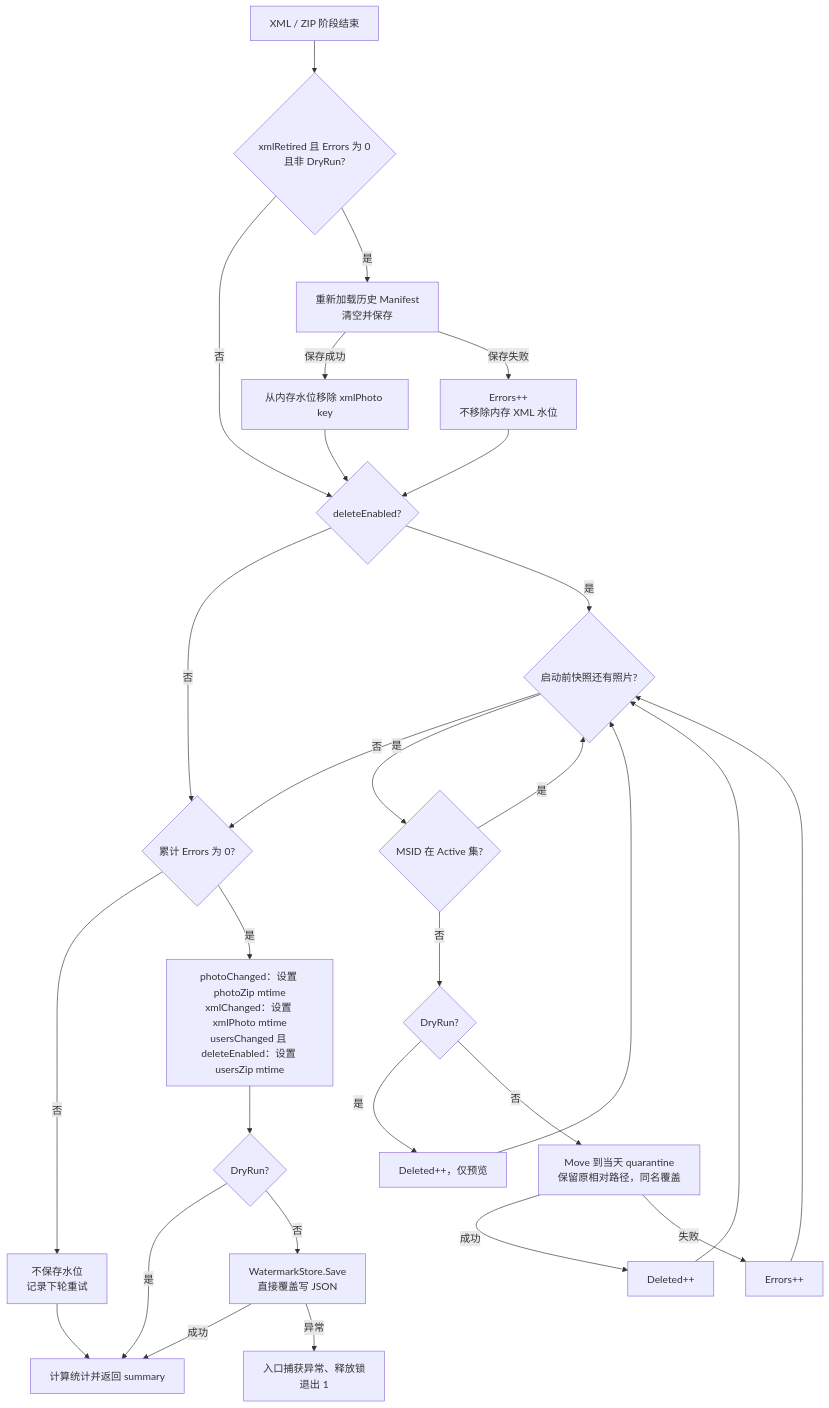
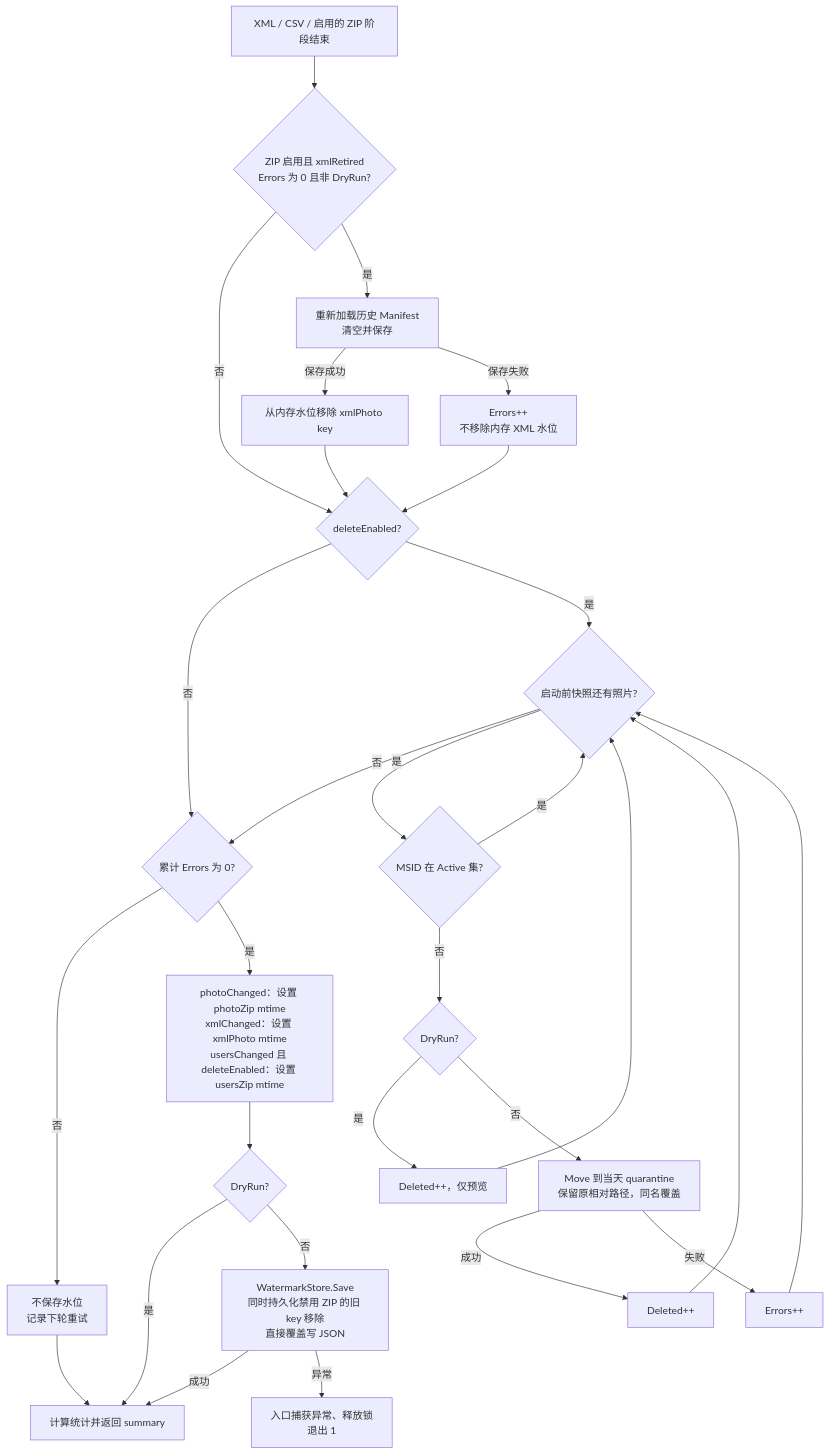
One commit to autotestpoc123/test123 changed the sixth of 6 diagrams in xml_import_photo.md. Above: the diagram before and after it, drawn with Mermaid. The commit also changed other lines of this file and 7 other files, not shown here.

````diff
--- a/xml_import_photo.md
+++ b/xml_import_photo.md
@@ -358,31 +388,31 @@
 ```mermaid
 flowchart TD
-    A["XML / ZIP 阶段结束"] --> B{"xmlRetired 且 Errors 为 0<br/>且非 DryRun?"}
+    A["XML / CSV / 启用的 ZIP 阶段结束"] --> B{"ZIP 启用且 xmlRetired<br/>Errors 为 0 且非 DryRun?"}
     B -- 否 --> F{"deleteEnabled?"}
     B -- 是 --> C["重新加载历史 Manifest<br/>清空并保存"]
     C -- "保存成功" --> D["从内存水位移除 xmlPhoto key"]
     D --> F
     C -- "保存失败" --> E["Errors++<br/>不移除内存 XML 水位"]
     E --> F
     F -- 否 --> CHECK{"累计 Errors 为 0?"}
     F -- 是 --> G{"启动前快照还有照片?"}
     G -- 否 --> CHECK
     G -- 是 --> H{"MSID 在 Active 集?"}
     H -- 是 --> G
     H -- 否 --> I{"DryRun?"}
     I -- 是 --> J["Deleted++，仅预览"]
     J --> G
     I -- 否 --> K["Move 到当天 quarantine<br/>保留原相对路径，同名覆盖"]
     K -- "成功" --> L["Deleted++"]
     K -- "失败" --> M["Errors++"]
     L --> G
     M --> G
     CHECK -- 否 --> KEEP["不保存水位<br/>记录下轮重试"]
     CHECK -- 是 --> SET["photoChanged：设置 photoZip mtime<br/>xmlChanged：设置 xmlPhoto mtime<br/>usersChanged 且 deleteEnabled：设置 usersZip mtime"]
     SET --> DRY{"DryRun?"}
     DRY -- 是 --> ENDPOINT["计算统计并返回 summary"]
-    DRY -- 否 --> SAVE["WatermarkStore.Save<br/>直接覆盖写 JSON"]
+    DRY -- 否 --> SAVE["WatermarkStore.Save<br/>同时持久化禁用 ZIP 的旧 key 移除<br/>直接覆盖写 JSON"]
     SAVE -- "成功" --> ENDPOINT
     SAVE -- "异常" --> FAIL["入口捕获异常、释放锁<br/>退出 1"]
     KEEP --> ENDPOINT
 ```
````
